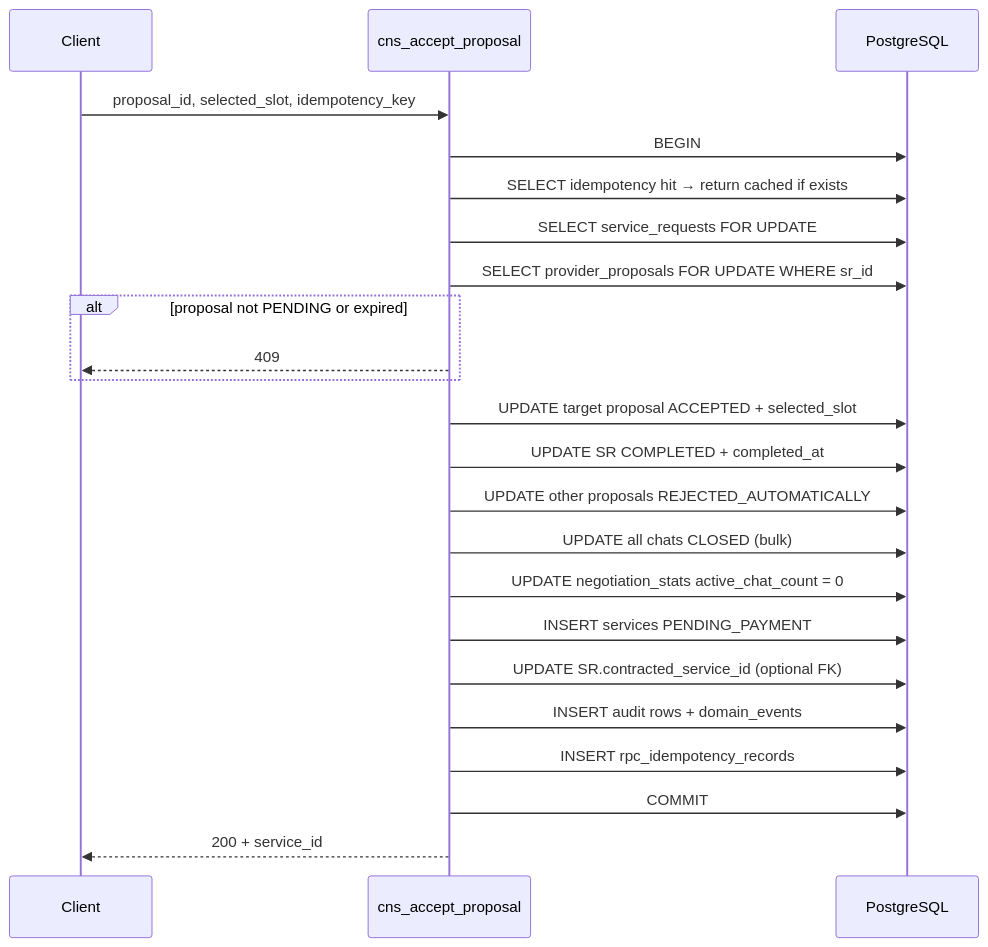
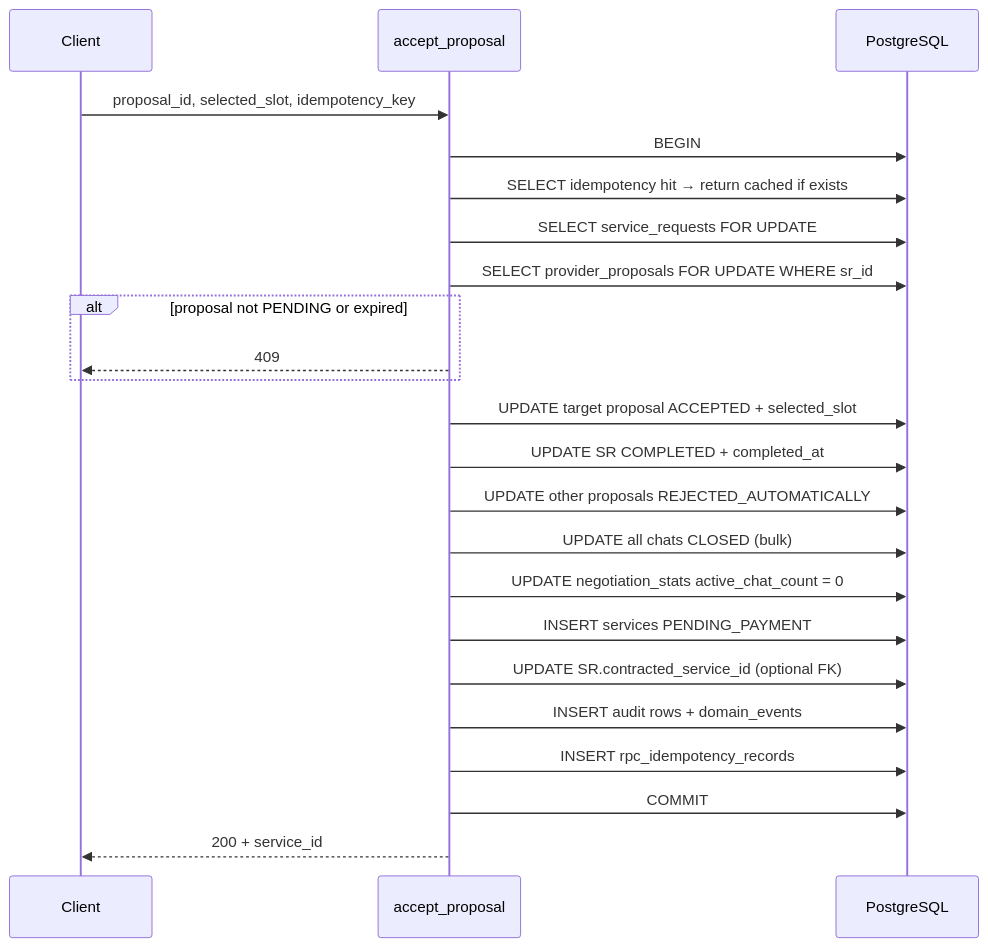
The sixth of 7 diagrams in docs/chats/design.md (higorpo/renovi-orbit-test), drawn with Mermaid before and after one commit. The commit also changed other lines of this file and 25 other files, not shown here.

````diff
--- a/docs/chats/design.md
+++ b/docs/chats/design.md
@@ -768,26 +768,26 @@
 ```mermaid
 sequenceDiagram
   participant C as Client
-  participant RPC as cns_accept_proposal
+  participant RPC as accept_proposal
   participant DB as PostgreSQL
 
   C->>RPC: proposal_id, selected_slot, idempotency_key
   RPC->>DB: BEGIN
   RPC->>DB: SELECT idempotency hit → return cached if exists
   RPC->>DB: SELECT service_requests FOR UPDATE
   RPC->>DB: SELECT provider_proposals FOR UPDATE WHERE sr_id
   alt proposal not PENDING or expired
     RPC-->>C: 409
   end
   RPC->>DB: UPDATE target proposal ACCEPTED + selected_slot
   RPC->>DB: UPDATE SR COMPLETED + completed_at
   RPC->>DB: UPDATE other proposals REJECTED_AUTOMATICALLY
   RPC->>DB: UPDATE all chats CLOSED (bulk)
   RPC->>DB: UPDATE negotiation_stats active_chat_count = 0
   RPC->>DB: INSERT services PENDING_PAYMENT
   RPC->>DB: UPDATE SR.contracted_service_id (optional FK)
   RPC->>DB: INSERT audit rows + domain_events
   RPC->>DB: INSERT rpc_idempotency_records
   RPC->>DB: COMMIT
   RPC-->>C: 200 + service_id
 ```
````
